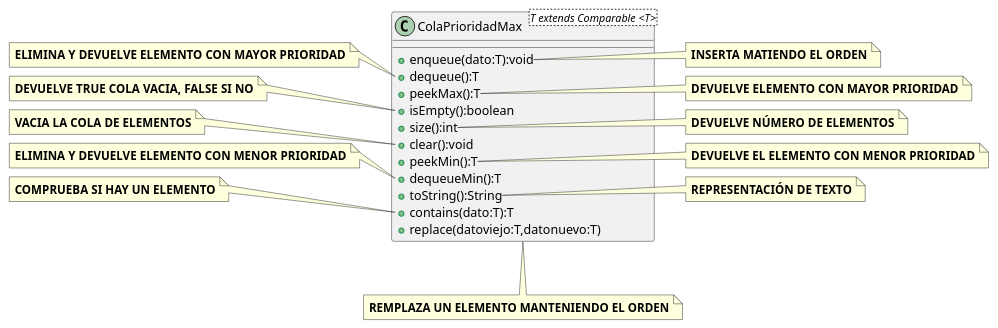
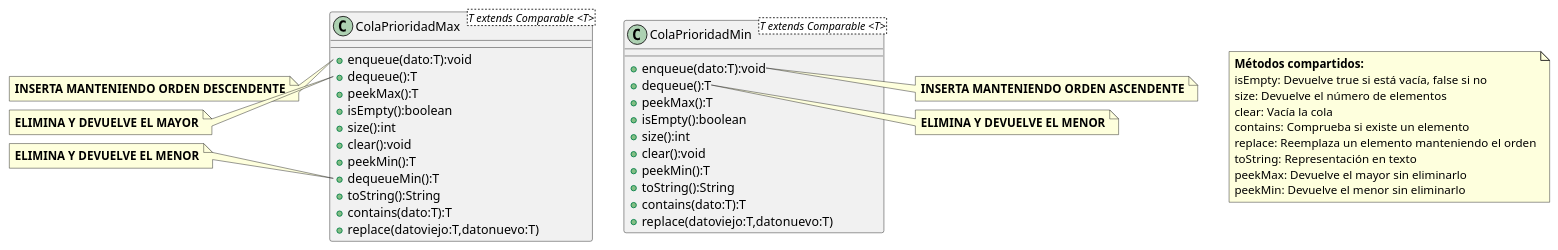
The diagram in src/ColaPrioridad/DIagrama ColaPrioridad.puml (hugob-gl07/Estructura-Datos), drawn with PlantUML before and after one commit. The commit also changed 2 other files, not shown here.

```diff
--- a/src/ColaPrioridad/DIagrama ColaPrioridad.puml
+++ b/src/ColaPrioridad/DIagrama ColaPrioridad.puml
@@ -1,58 +1,63 @@
 @startuml
 class ColaPrioridadMax <T extends Comparable <T>>{
     + enqueue(dato:T):void
     + dequeue():T
     + peekMax():T
     + isEmpty():boolean
     + size():int
     + clear():void
     + peekMin():T
     + dequeueMin():T
     + toString():String
     + contains(dato:T):T
     + replace(datoviejo:T,datonuevo:T)
 }
+class ColaPrioridadMin <T extends Comparable <T>>{
+    + enqueue(dato:T):void
+    + dequeue():T
+    + peekMax():T
+    + isEmpty():boolean
+    + size():int
+    + clear():void
+    + peekMin():T
+    + toString():String
+    + contains(dato:T):T
+    + replace(datoviejo:T,datonuevo:T)
+}
+note as ColaPrioridad
+**Métodos compartidos:**
+isEmpty: Devuelve true si está vacía, false si no
+size: Devuelve el número de elementos
+clear: Vacía la cola
+contains: Comprueba si existe un elemento
+replace: Reemplaza un elemento manteniendo el orden
+toString: Representación en texto
+peekMax: Devuelve el mayor sin eliminarlo
+peekMin: Devuelve el menor sin eliminarlo
+end note
 
-note right of ColaPrioridadMax::enqueue
-**INSERTA MATIENDO EL ORDEN**
+note left of ColaPrioridadMax::enqueue
+**INSERTA MANTENIENDO ORDEN DESCENDENTE**
 end note
 
 note left of ColaPrioridadMax::dequeue
-**ELIMINA Y DEVUELVE ELEMENTO CON MAYOR PRIORIDAD**
+**ELIMINA Y DEVUELVE EL MAYOR**
 end note
 
-note right of ColaPrioridadMax::peekMax
-**DEVUELVE ELEMENTO CON MAYOR PRIORIDAD**
+note left of ColaPrioridadMax::dequeueMin
+**ELIMINA Y DEVUELVE EL MENOR**
 end note
 
-note left of ColaPrioridadMax::isEmpty
-**DEVUELVE TRUE COLA VACIA, FALSE SI NO**
+note right of ColaPrioridadMin::enqueue
+**INSERTA MANTENIENDO ORDEN ASCENDENTE**
 end note
 
-note right of ColaPrioridadMax::size
-**DEVUELVE NÚMERO DE ELEMENTOS**
+note right of ColaPrioridadMin::dequeue
+**ELIMINA Y DEVUELVE EL MENOR**
 end note
 
-note left of ColaPrioridadMax::clear
-**VACIA LA COLA DE ELEMENTOS**
+note right of ColaPrioridadMin::dequeueMax
+**ELIMINA Y DEVUELVE EL MAYOR**
 end note
 
-note right of ColaPrioridadMax::peekMin
-**DEVUELVE EL ELEMENTO CON MENOR PRIORIDAD**
-end note
-note left of ColaPrioridadMax::dequeueMin
-**ELIMINA Y DEVUELVE ELEMENTO CON MENOR PRIORIDAD**
-end note
-
-note right of ColaPrioridadMax::toString
-**REPRESENTACIÓN DE TEXTO**
-end note
-
-note left of ColaPrioridadMax::contains
-**COMPRUEBA SI HAY UN ELEMENTO**
-end note
-
-note bottom of ColaPrioridadMax
-**REMPLAZA UN ELEMENTO MANTENIENDO EL ORDEN**
-end note
 @enduml
```
